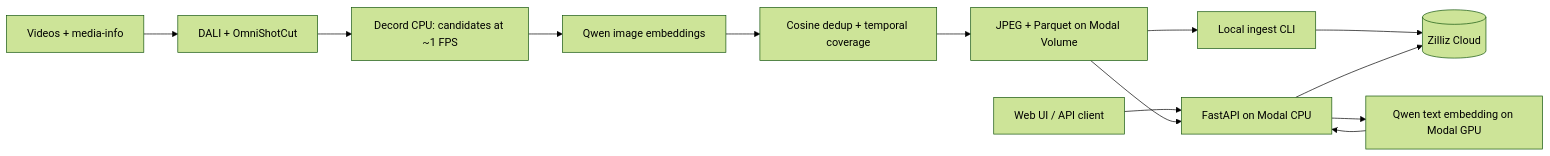
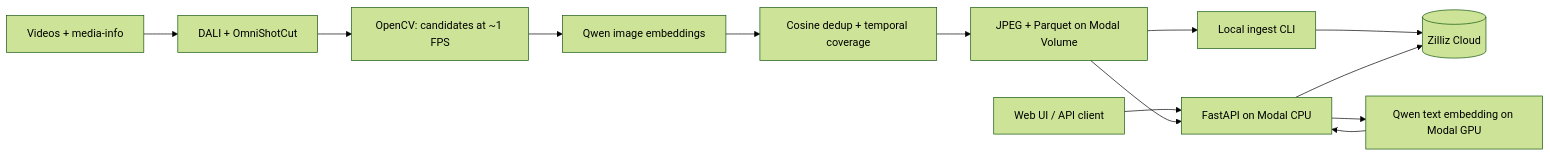
Before and after one commit to 24520152-ben/Axis-Semantic-Video-Search: the diagram in README.md, drawn with Mermaid (forest theme). The commit also changed other lines of this file and 3 other files, not shown here.

````diff
--- a/README.md
+++ b/README.md
@@ -22,15 +22,15 @@
 ```mermaid
 flowchart LR
     V[Videos + media-info] --> S[DALI + OmniShotCut]
-    S --> C[Decord CPU: candidates at ~1 FPS]
+    S --> C[OpenCV: candidates at ~1 FPS]
     C --> E[Qwen image embeddings]
     E --> K[Cosine dedup + temporal coverage]
     K --> O[JPEG + Parquet on Modal Volume]
     O --> I[Local ingest CLI]
     I --> Z[(Zilliz Cloud)]
     U[Web UI / API client] --> A[FastAPI on Modal CPU]
     A --> Q[Qwen text embedding on Modal GPU]
     Q --> A
     A --> Z
     O --> A
 ```
````
